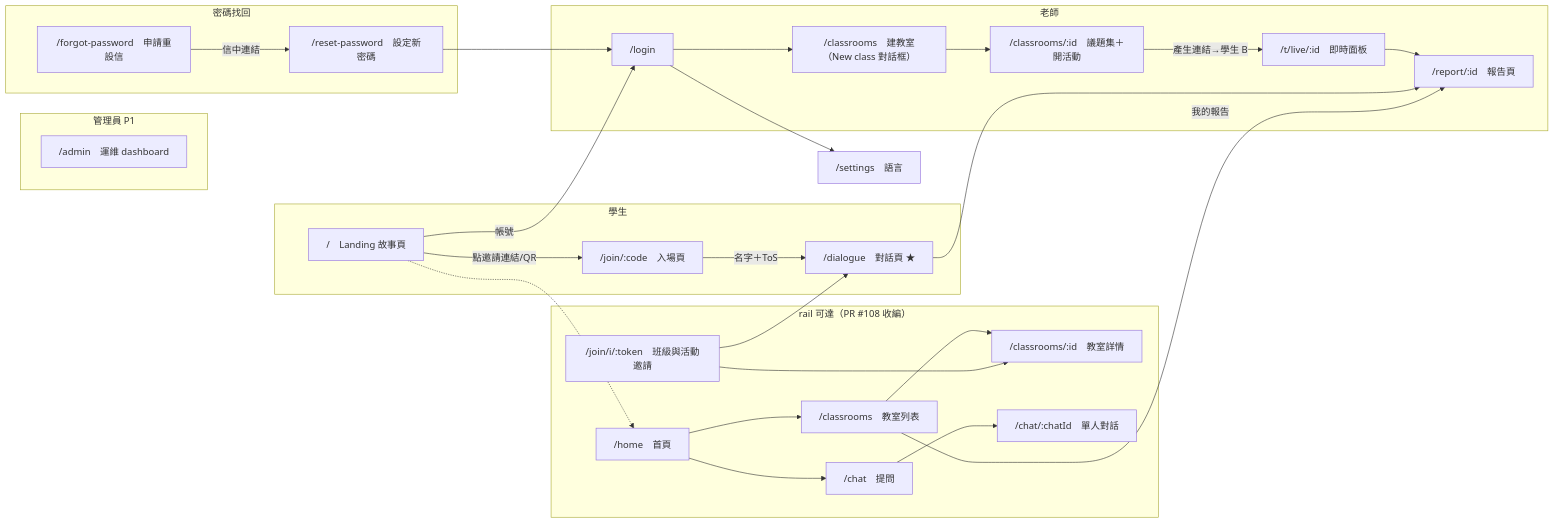
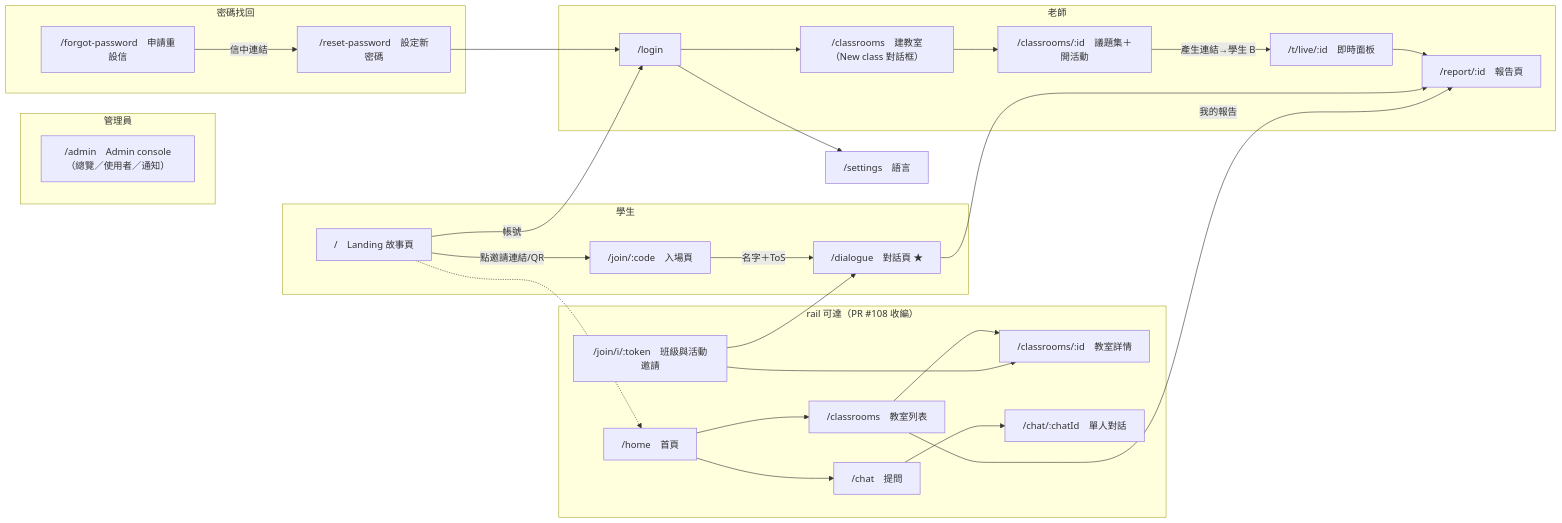
One commit to ntnu-swe-2026-team4/socrates-classroom changed the diagram in docs/frontend.md. Above: the diagram before and after it, drawn with Mermaid. The commit also changed other lines of this file and 2 other files, not shown here.

Commit message:
docs(web): record the admin console in the route map and guides (#185)

````diff
--- a/docs/frontend.md
+++ b/docs/frontend.md
@@ -15,33 +15,33 @@
 ```mermaid
 flowchart LR
     subgraph student[學生]
         A["/　Landing 故事頁"] -->|"點邀請連結/QR"| B["/join/:code　入場頁"]
         B -->|"名字＋ToS"| D["/dialogue　對話頁 ★"]
     end
     subgraph teacher[老師]
         A -->|帳號| C["/login"]
         C --> E2["/classrooms　建教室（New class 對話框）"]
         E2 --> E["/classrooms/:id　議題集＋開活動"]
         E -->|"產生連結→學生 B"| F["/t/live/:id　即時面板"]
         F --> G["/report/:id　報告頁"]
     end
     D --> G
     C --> H["/settings　語言"]
     subgraph rail[rail 可達（PR #108 收編）]
         J["/home　首頁"] --> K["/classrooms　教室列表"]
         K --> L["/classrooms/:id　教室詳情"]
         V["/join/i/:token　班級與活動邀請"] --> L
         V --> D
         K -->|"我的報告"| G
         J --> O["/chat　提問"]
         O --> P["/chat/:chatId　單人對話"]
     end
     A -.-> J
-    subgraph admin[管理員 P1]
-        I["/admin　運維 dashboard"]
+    subgraph admin[管理員]
+        I["/admin　Admin console（總覽／使用者／通知）"]
     end
     subgraph recovery[密碼找回]
         M["/forgot-password　申請重設信"] -->|"信中連結"| N["/reset-password　設定新密碼"]
     end
     N --> C
 ```
````
